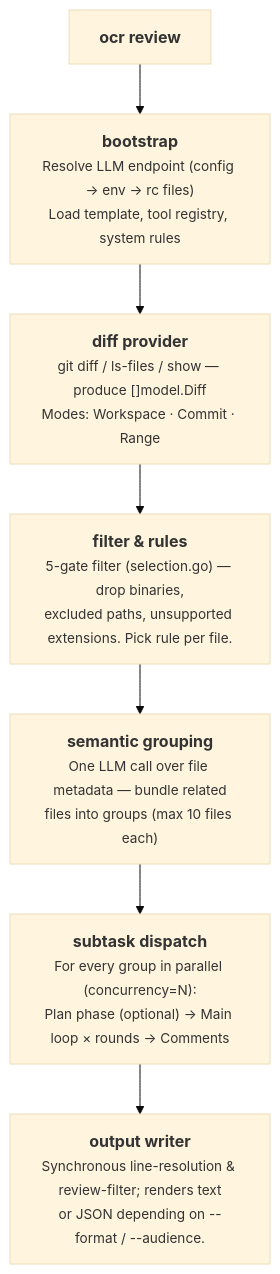
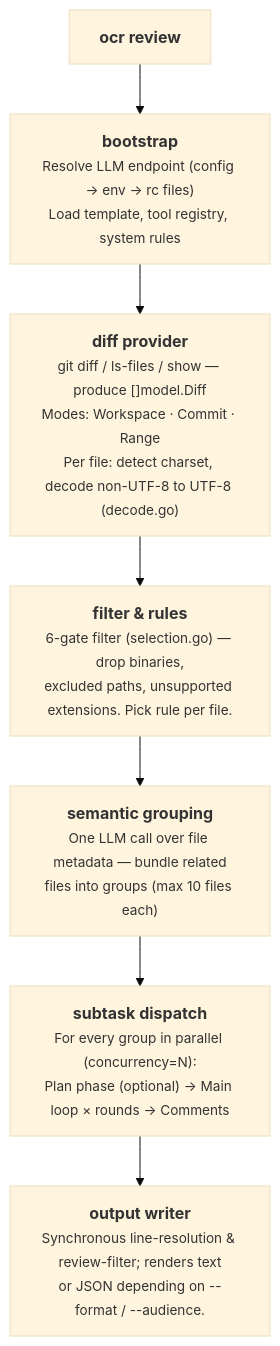
The first of 2 diagrams in pages/src/content/docs/en/architecture.md (alibaba/open-code-review), drawn with Mermaid (base theme) before and after one commit. The commit also changed other lines of this file and 41 other files, not shown here.

````diff
--- a/pages/src/content/docs/en/architecture.md
+++ b/pages/src/content/docs/en/architecture.md
@@ -14,12 +14,12 @@
 ```mermaid
 flowchart TD
     A["<b>ocr review</b>"]
     B["<b>bootstrap</b><br/><span style='font-size:0.85em'>Resolve LLM endpoint (config → env → rc files)<br/>Load template, tool registry, system rules</span>"]
-    C["<b>diff provider</b><br/><span style='font-size:0.85em'>git diff / ls-files / show — produce []model.Diff<br/>Modes: Workspace · Commit · Range</span>"]
-    D["<b>filter & rules</b><br/><span style='font-size:0.85em'>5-gate filter (selection.go) — drop binaries,<br/>excluded paths, unsupported extensions. Pick rule per file.</span>"]
+    C["<b>diff provider</b><br/><span style='font-size:0.85em'>git diff / ls-files / show — produce []model.Diff<br/>Modes: Workspace · Commit · Range<br/>Per file: detect charset, decode non-UTF-8 to UTF-8 (decode.go)</span>"]
+    D["<b>filter & rules</b><br/><span style='font-size:0.85em'>6-gate filter (selection.go) — drop binaries,<br/>excluded paths, unsupported extensions. Pick rule per file.</span>"]
     D2["<b>semantic grouping</b><br/><span style='font-size:0.85em'>One LLM call over file metadata — bundle related<br/>files into groups (max 10 files each)</span>"]
     E["<b>subtask dispatch</b><br/><span style='font-size:0.85em'>For every group in parallel (concurrency=N):<br/>Plan phase (optional) → Main loop × rounds → Comments</span>"]
     F["<b>output writer</b><br/><span style='font-size:0.85em'>Synchronous line-resolution & review-filter; renders text<br/>or JSON depending on --format / --audience.</span>"]
 
     A --> B --> C --> D --> D2 --> E --> F
 ```
````
